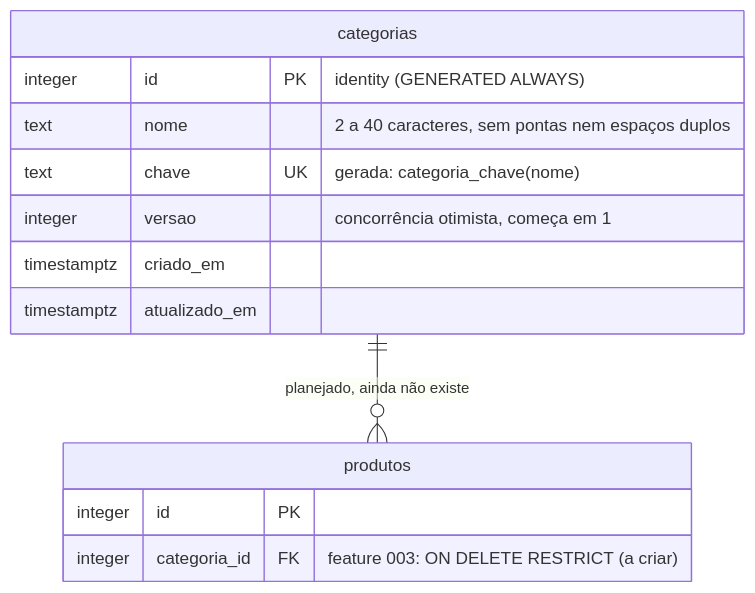
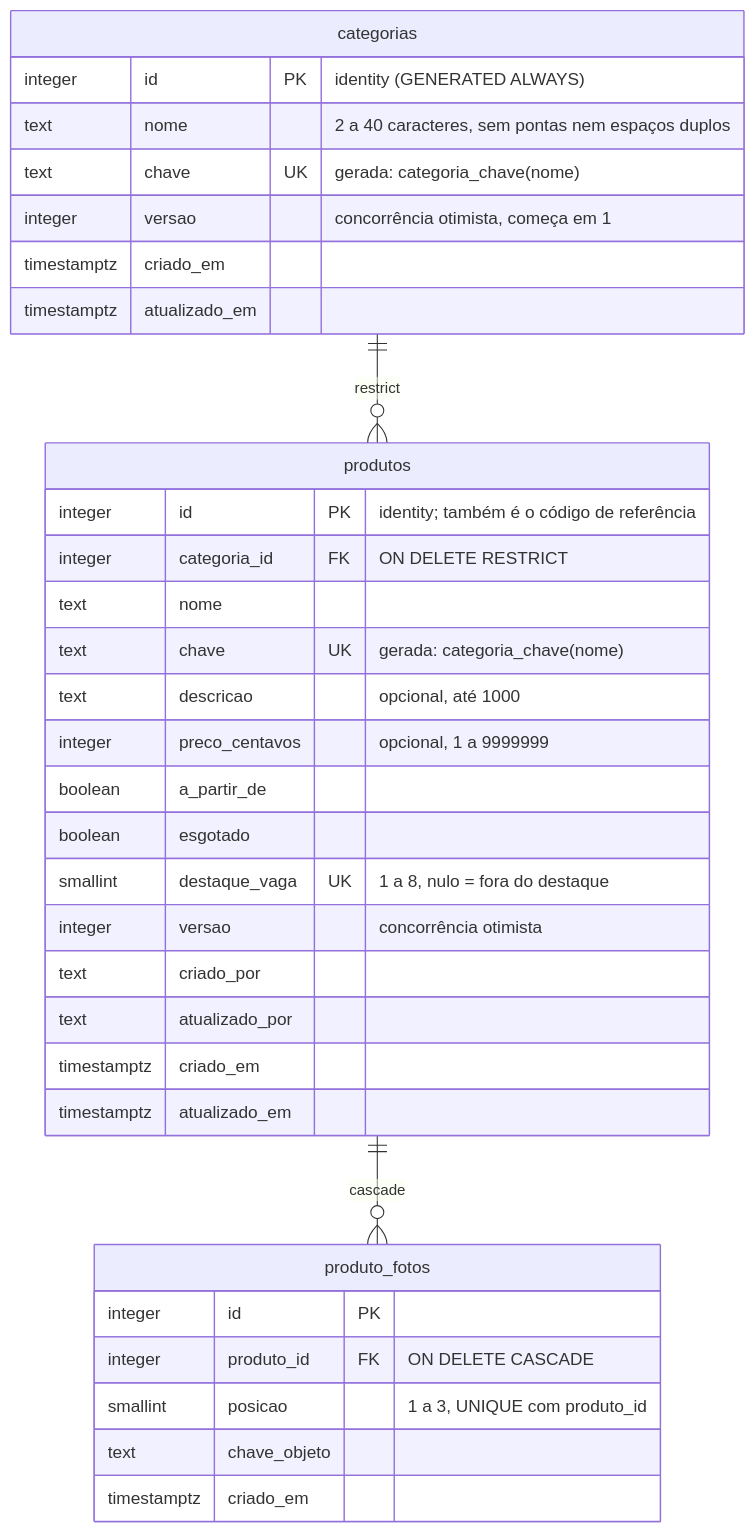
Before and after one commit to Willsmt/roseshop: the diagram in docs/database.md, drawn with Mermaid. The commit also changed other lines of this file and 10 other files, not shown here.

First line of the commit message:
docs(onboarding): sincroniza docs com a feature 003 de produtos

````diff
--- a/docs/database.md
+++ b/docs/database.md
@@ -21,16 +30,36 @@
 ```mermaid
 erDiagram
   categorias {
     integer id PK "identity (GENERATED ALWAYS)"
     text nome "2 a 40 caracteres, sem pontas nem espaços duplos"
     text chave UK "gerada: categoria_chave(nome)"
     integer versao "concorrência otimista, começa em 1"
     timestamptz criado_em
     timestamptz atualizado_em
   }
   produtos {
+    integer id PK "identity; também é o código de referência"
+    integer categoria_id FK "ON DELETE RESTRICT"
+    text nome
+    text chave UK "gerada: categoria_chave(nome)"
+    text descricao "opcional, até 1000"
+    integer preco_centavos "opcional, 1 a 9999999"
+    boolean a_partir_de
+    boolean esgotado
+    smallint destaque_vaga UK "1 a 8, nulo = fora do destaque"
+    integer versao "concorrência otimista"
+    text criado_por
+    text atualizado_por
+    timestamptz criado_em
+    timestamptz atualizado_em
+  }
+  produto_fotos {
     integer id PK
-    integer categoria_id FK "feature 003: ON DELETE RESTRICT (a criar)"
+    integer produto_id FK "ON DELETE CASCADE"
+    smallint posicao "1 a 3, UNIQUE com produto_id"
+    text chave_objeto
+    timestamptz criado_em
   }
-  categorias ||--o{ produtos : "planejado, ainda não existe"
+  categorias ||--o{ produtos : "restrict"
+  produtos ||--o{ produto_fotos : "cascade"
 ```
````
